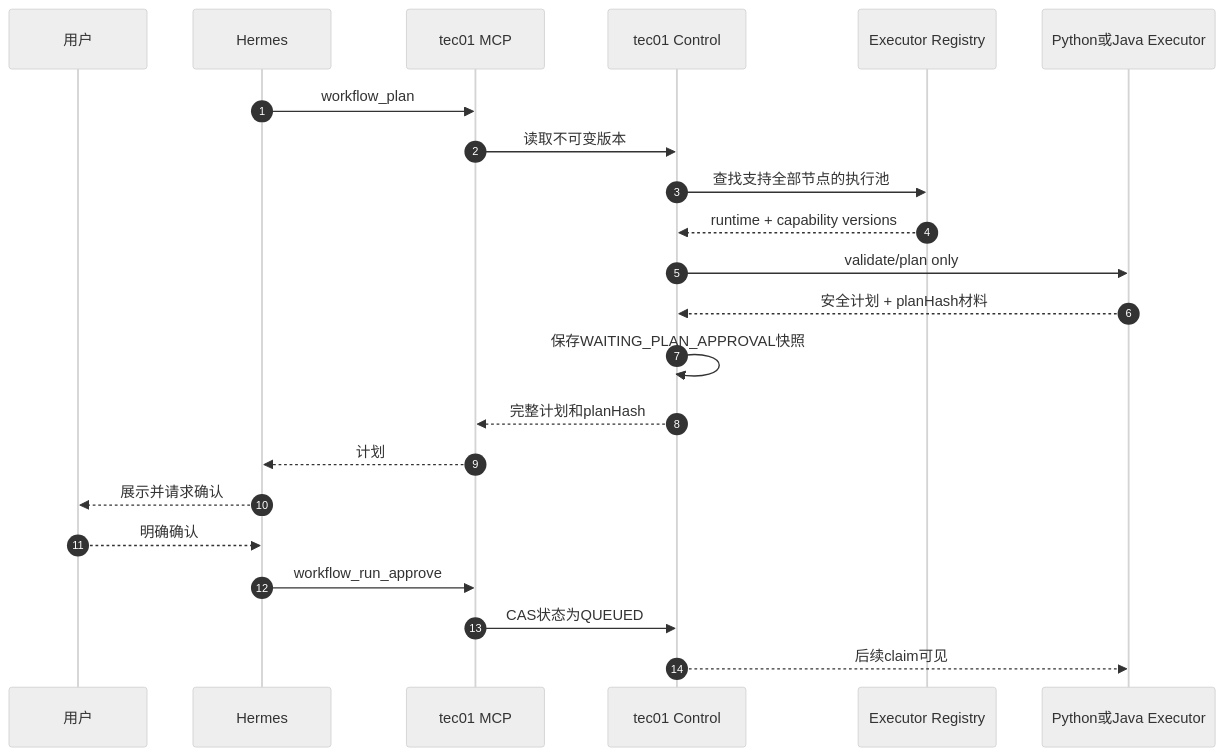
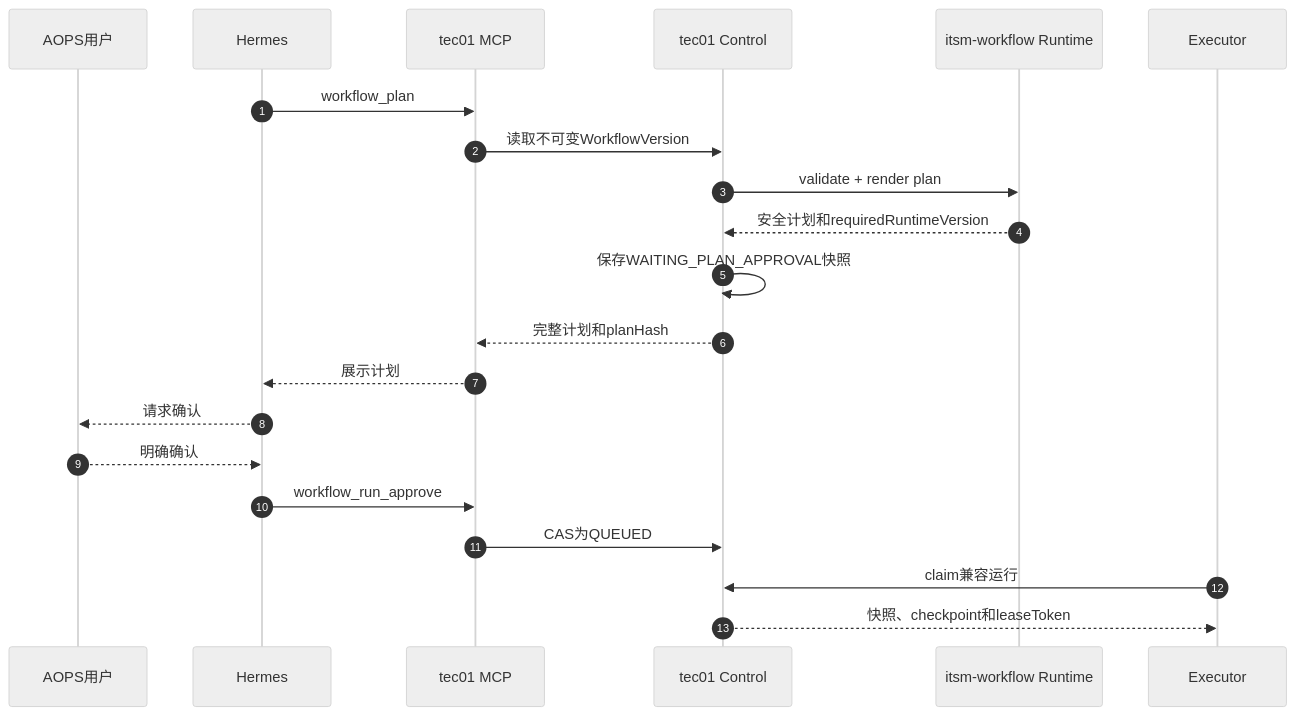
The fifth of 7 diagrams in docs/tec01-control-plane-split.md (armin1024/itsm-workflow), drawn with Mermaid (neutral theme) before and after one commit. The commit also changed other lines of this file and 2 other files, not shown here.

Commit message:
docs: unify workflow compiler registry and executor

````diff
--- a/docs/tec01-control-plane-split.md
+++ b/docs/tec01-control-plane-split.md
@@ -599,25 +378,24 @@
 ```mermaid
 sequenceDiagram
     autonumber
-    participant U as 用户
+    participant U as AOPS用户
     participant H as Hermes
     participant M as tec01 MCP
-    participant C as tec01 Control
-    participant R as Executor Registry
-    participant E as Python或Java Executor
+    participant T as tec01 Control
+    participant R as itsm-workflow Runtime
+    participant E as Executor
 
     H->>M: workflow_plan
-    M->>C: 读取不可变版本
-    C->>R: 查找支持全部节点的执行池
-    R-->>C: runtime + capability versions
-    C->>E: validate/plan only
-    E-->>C: 安全计划 + planHash材料
-    C->>C: 保存WAITING_PLAN_APPROVAL快照
-    C-->>M: 完整计划和planHash
-    M-->>H: 计划
-    H-->>U: 展示并请求确认
+    M->>T: 读取不可变WorkflowVersion
+    T->>R: validate + render plan
+    R-->>T: 安全计划和requiredRuntimeVersion
+    T->>T: 保存WAITING_PLAN_APPROVAL快照
+    T-->>M: 完整计划和planHash
+    M-->>H: 展示计划
+    H-->>U: 请求确认
     U-->>H: 明确确认
     H->>M: workflow_run_approve
-    M->>C: CAS状态为QUEUED
-    C-->>E: 后续claim可见
+    M->>T: CAS为QUEUED
+    E->>T: claim兼容运行
+    T-->>E: 快照、checkpoint和leaseToken
 ```
````
